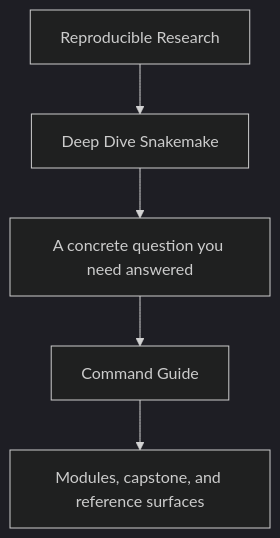
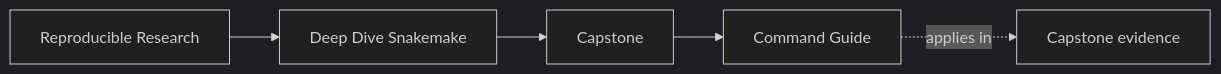
One commit to bijux/bijux-masterclass changed the first of 2 diagrams in programs/reproducible-research/deep-dive-snakemake/course-book/capstone/command-guide.md. Above: the diagram before and after it, drawn with Mermaid (dark theme). The commit also changed other lines of this file and 149 other files, not shown here.

Commit message:
docs(deep-dive-snakemake): map workflow proof and operations surfaces

````diff
--- a/programs/reproducible-research/deep-dive-snakemake/course-book/capstone/command-guide.md
+++ b/programs/reproducible-research/deep-dive-snakemake/course-book/capstone/command-guide.md
@@ -6,7 +6,11 @@
 ```mermaid
-flowchart TD
-  family["Reproducible Research"] --> program["Deep Dive Snakemake"]
-  program --> pressure["A concrete question you need answered"]
-  pressure --> guide["Command Guide"]
-  guide --> next["Modules, capstone, and reference surfaces"]
+graph LR
+  family["Reproducible Research"]
+  program["Deep Dive Snakemake"]
+  section["Capstone"]
+  page["Command Guide"]
+  capstone["Capstone evidence"]
+
+  family --> program --> section --> page
+  page -.applies in.-> capstone
 ```
````
